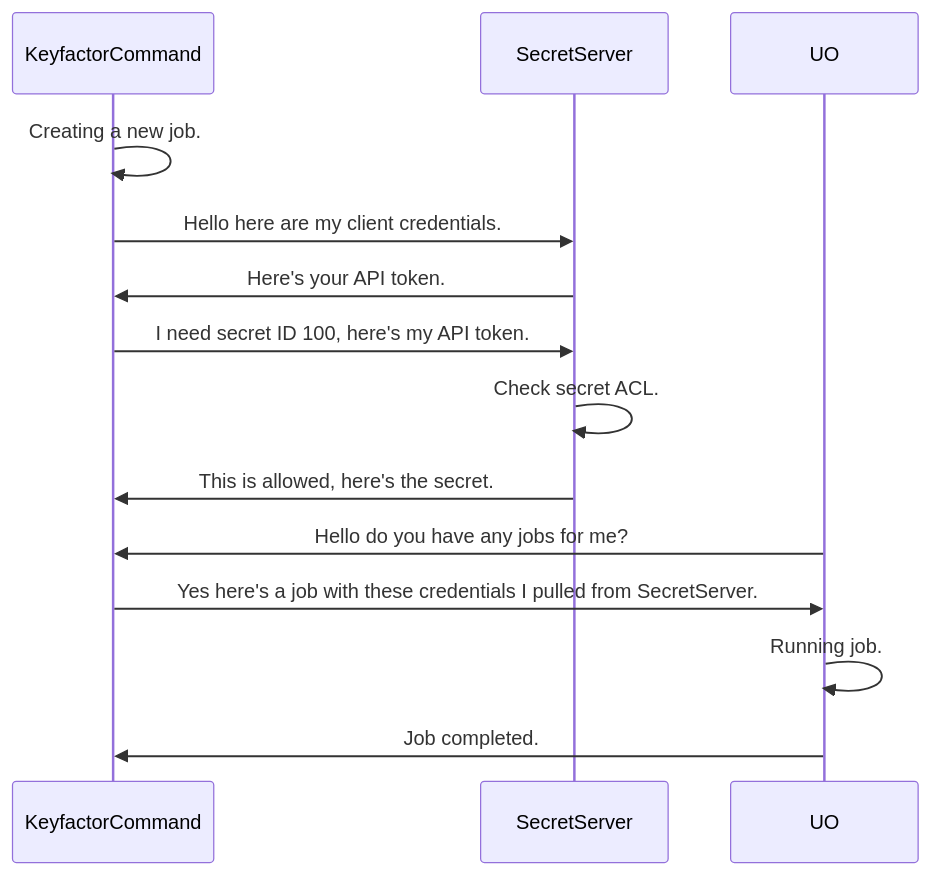
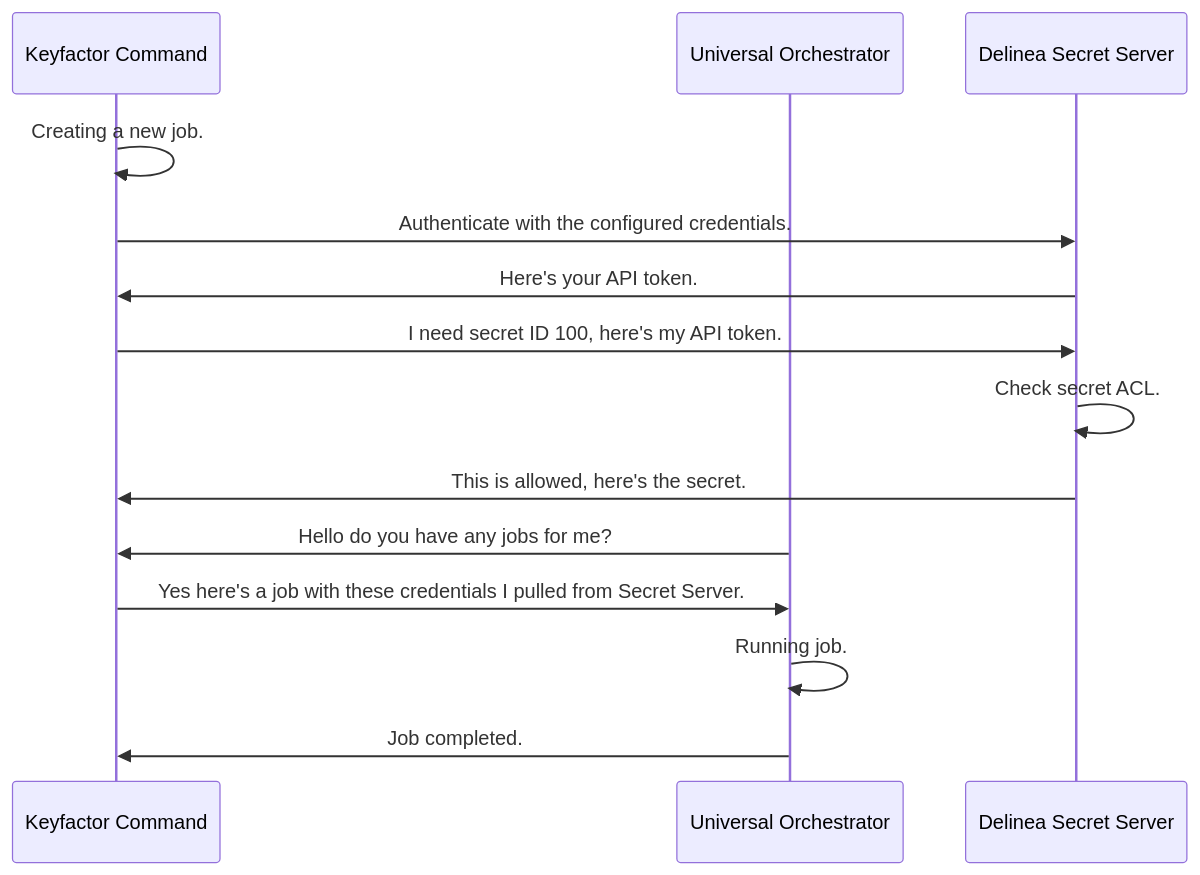
The second of 2 diagrams in README.md (Keyfactor/delinea-secretserver-pam), drawn with Mermaid before and after one commit. The commit also changed other lines of this file and 10 other files, not shown here.

````diff
--- a/README.md
+++ b/README.md
@@ -73,13 +98,16 @@
 ```mermaid
 sequenceDiagram
+    participant KeyfactorCommand as Keyfactor Command
+    participant UO as Universal Orchestrator
+    participant SecretServer as Delinea Secret Server
     KeyfactorCommand->>KeyfactorCommand: Creating a new job.
-    KeyfactorCommand->>SecretServer: Hello here are my client credentials.
+    KeyfactorCommand->>SecretServer: Authenticate with the configured credentials.
     SecretServer->>KeyfactorCommand: Here's your API token.
     KeyfactorCommand->>SecretServer: I need secret ID 100, here's my API token.
     SecretServer->>SecretServer: Check secret ACL.
     SecretServer->>KeyfactorCommand: This is allowed, here's the secret.
     UO->>KeyfactorCommand: Hello do you have any jobs for me?
-    KeyfactorCommand->>UO: Yes here's a job with these credentials I pulled from SecretServer.
+    KeyfactorCommand->>UO: Yes here's a job with these credentials I pulled from Secret Server.
     UO->>UO: Running job.
     UO->>KeyfactorCommand: Job completed.
 ```
````
